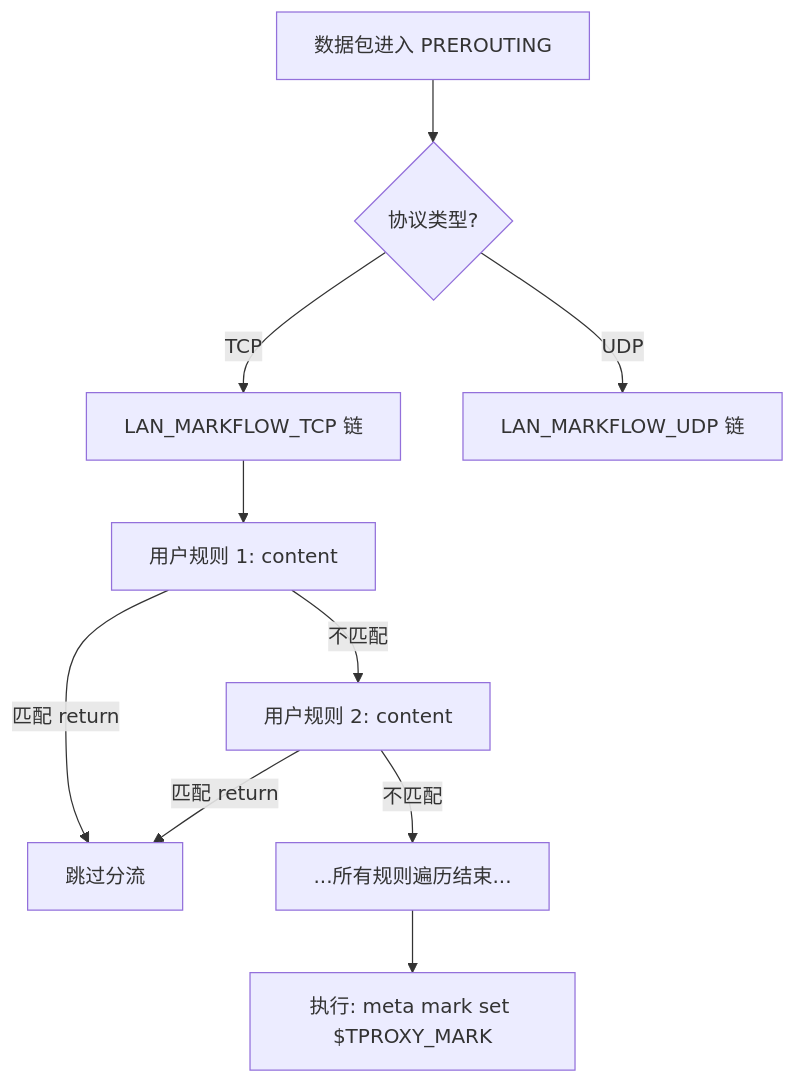
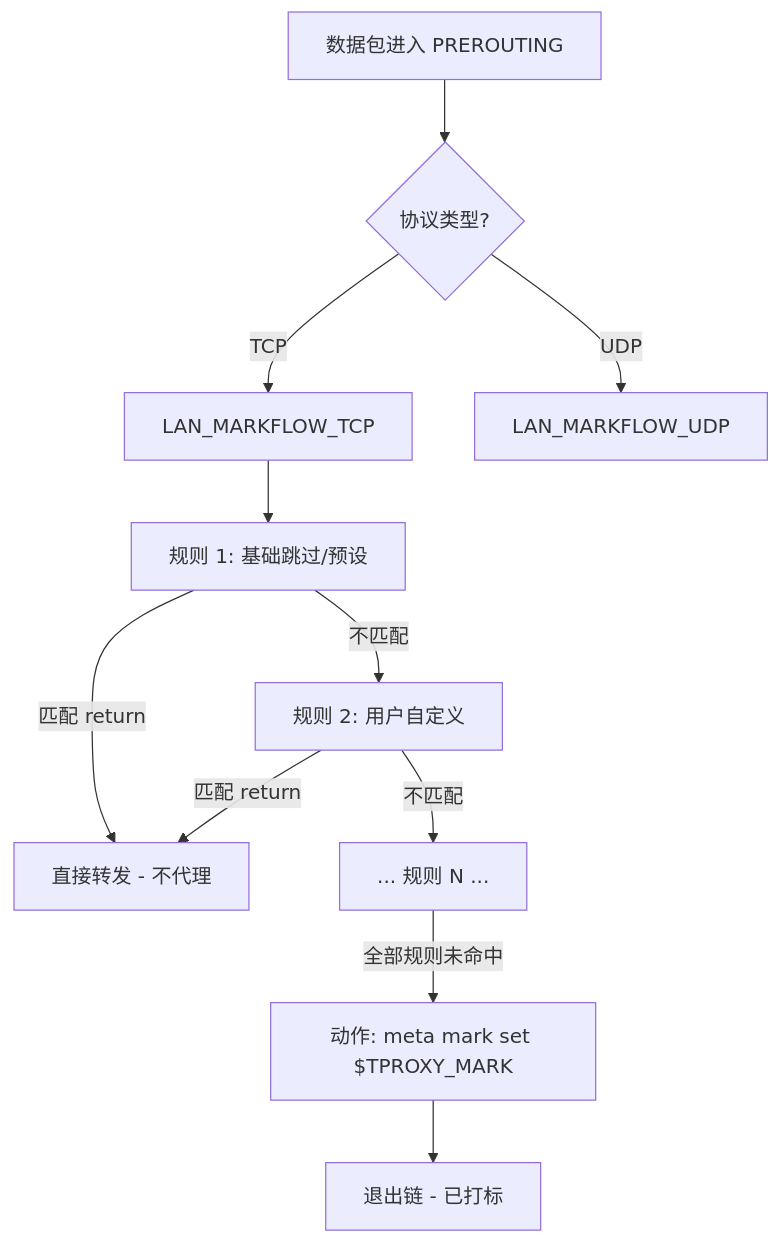
One commit to 0x5826/luci-app-flowproxy changed the first of 2 diagrams in luci-app-flowproxy/README.md. Above: the diagram before and after it, drawn with Mermaid. The commit also changed other lines of this file and 1 other file, not shown here.

````diff
--- a/luci-app-flowproxy/README.md
+++ b/luci-app-flowproxy/README.md
@@ -60,14 +46,15 @@
 ```mermaid
 graph TD
     A[数据包进入 PREROUTING] --> B{协议类型?}
-    B -- TCP --> C[LAN_MARKFLOW_TCP 链]
-    B -- UDP --> D[LAN_MARKFLOW_UDP 链]
+    B -- TCP --> C[LAN_MARKFLOW_TCP]
+    B -- UDP --> D[LAN_MARKFLOW_UDP]
     
-    C --> C1[用户规则 1: content]
-    C1 -- 匹配 return --> C_SKIP[跳过分流]
-    C1 -- 不匹配 --> C2[用户规则 2: content]
-    C2 -- 匹配 return --> C_SKIP
-    C2 -- 不匹配 --> C_LAST[...所有规则遍历结束...]
+    C --> C1[规则 1: 基础跳过/预设]
+    C1 -- 匹配 return --> C_BYPASS[直接转发 - 不代理]
+    C1 -- 不匹配 --> C2[规则 2: 用户自定义]
+    C2 -- 匹配 return --> C_BYPASS
+    C2 -- 不匹配 --> C3[... 规则 N ...]
     
-    C_LAST --> C_MARK[执行: meta mark set $TPROXY_MARK]
+    C3 -- 全部规则未命中 --> C_MARK[动作: meta mark set $TPROXY_MARK]
+    C_MARK --> C_ACCEPT[退出链 - 已打标]
 ```
````
